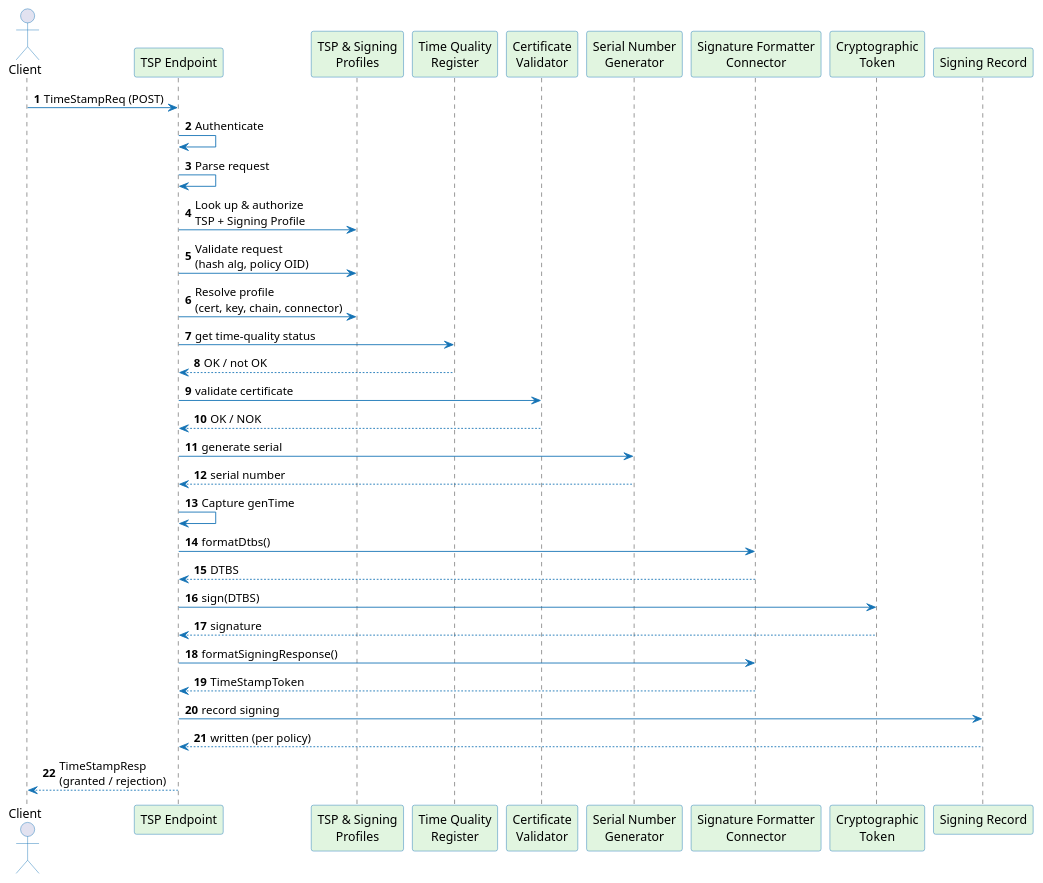
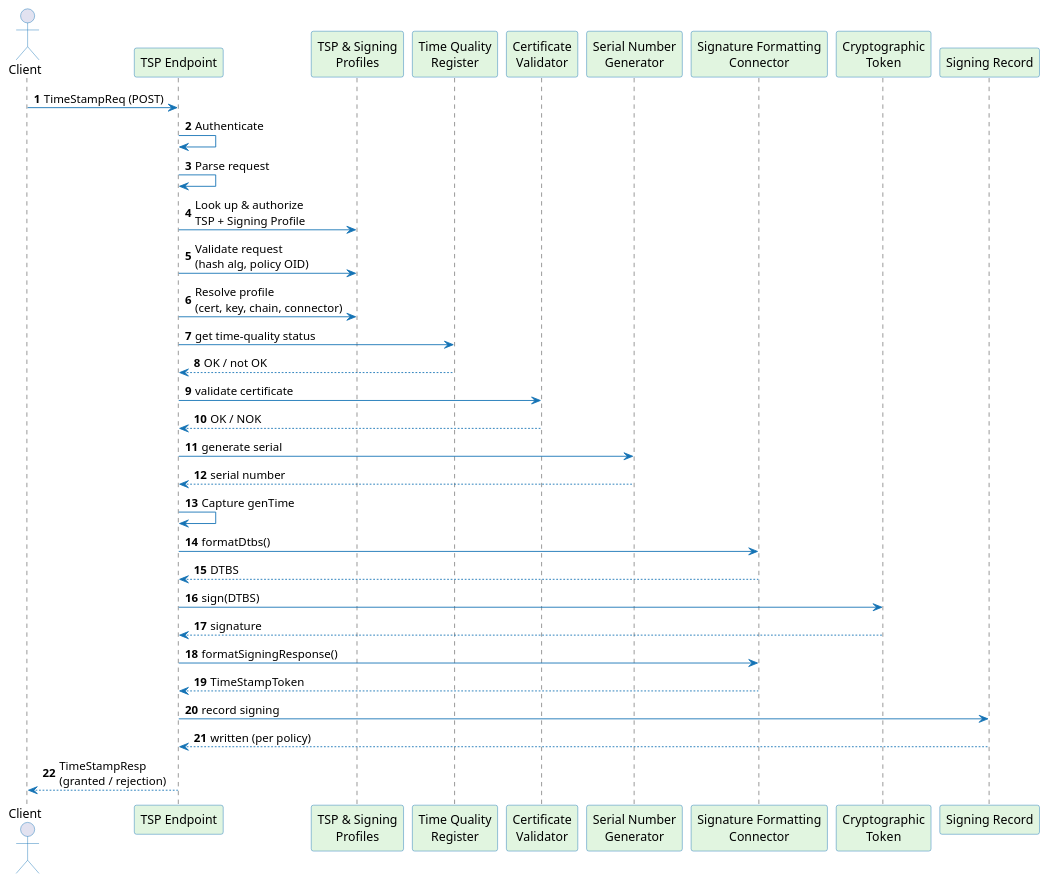
Before and after one commit to CZERTAINLY/CZERTAINLY-Documentation: the diagram in docs/signing/timestamping/timestamping-flow.md, drawn with PlantUML. The commit also changed other lines of this file and 6 other files, not shown here.

````diff
--- a/docs/signing/timestamping/timestamping-flow.md
+++ b/docs/signing/timestamping/timestamping-flow.md
@@ -15,45 +15,45 @@
 ```plantuml
 @startuml
 skinparam sequence {
     ArrowColor #1573B5
     ActorBorderColor #1573B5
     ParticipantBorderColor #1573B5
     ParticipantBackgroundColor #E1F5E0
     NoteBackgroundColor #F7F7F7
 }
 autonumber
 
 actor Client
 participant "TSP Endpoint" as Core
 participant "TSP & Signing\nProfiles" as Profiles
 participant "Time Quality\nRegister" as TQ
 participant "Certificate\nValidator" as Cert
 participant "Serial Number\nGenerator" as Serial
-participant "Signature Formatter\nConnector" as Fmt
+participant "Signature Formatting\nConnector" as Fmt
 participant "Cryptographic\nToken" as Token
 participant "Signing Record" as Rec
 
 Client -> Core: TimeStampReq (POST)
 Core -> Core: Authenticate
 Core -> Core: Parse request
 Core -> Profiles: Look up & authorize\nTSP + Signing Profile
 Core -> Profiles: Validate request\n(hash alg, policy OID)
 Core -> Profiles: Resolve profile\n(cert, key, chain, connector)
 Core -> TQ: get time-quality status
 TQ --> Core: OK / not OK
 Core -> Cert: validate certificate
 Cert --> Core: OK / NOK
 Core -> Serial: generate serial
 Serial --> Core: serial number
 Core -> Core: Capture genTime
 Core -> Fmt: formatDtbs()
 Fmt --> Core: DTBS
 Core -> Token: sign(DTBS)
 Token --> Core: signature
 Core -> Fmt: formatSigningResponse()
 Fmt --> Core: TimeStampToken
 Core -> Rec: record signing
 Rec --> Core: written (per policy)
 Core --> Client: TimeStampResp\n(granted / rejection)
 @enduml
 ```
````
